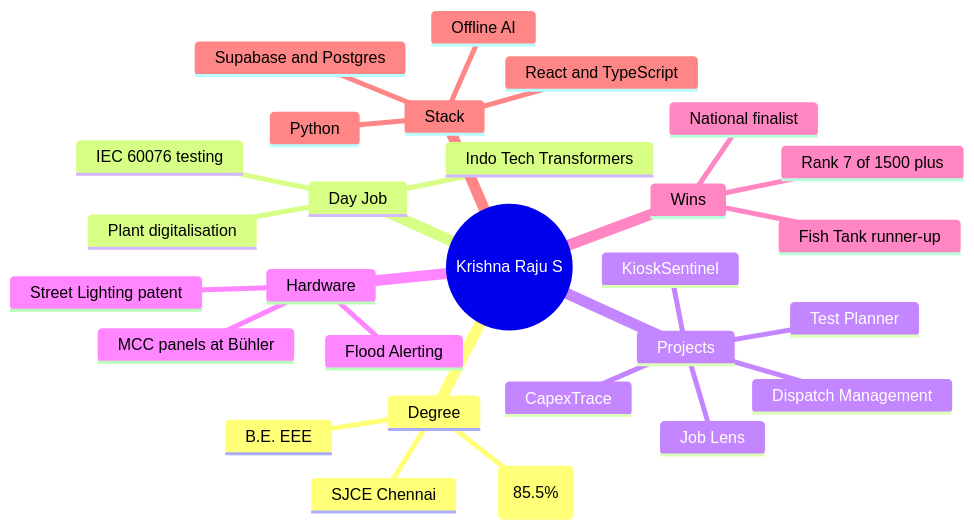
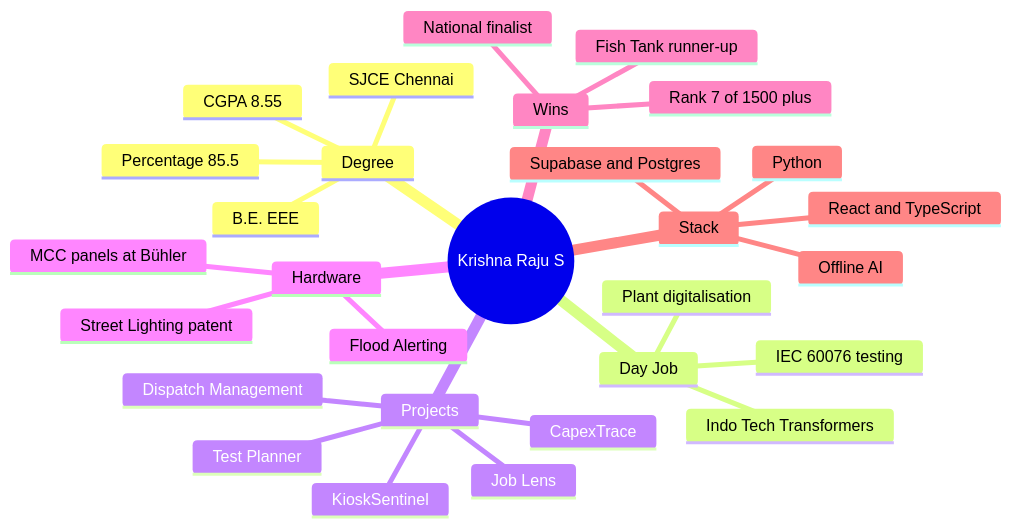
Before and after one commit to KRISH-exe-29/KRISH-exe-29: the first of 5 diagrams in README.md, drawn with Mermaid. The commit also changed other lines of this file and 1 other file, not shown here.

Commit message:
Add 85.5% percentage to profile data and tidy CGPA text

````diff
--- a/README.md
+++ b/README.md
@@ -70,31 +70,32 @@
 ```mermaid
 mindmap
   root((Krishna Raju S))
     Degree
       B.E. EEE
       SJCE Chennai
-      CGPA 8.55 (85.5%)
+      CGPA 8.55
+      Percentage 85.5
     Day Job
       Indo Tech Transformers
       IEC 60076 testing
       Plant digitalisation
     Projects
       Dispatch Management
       Job Lens
       Test Planner
       CapexTrace
       KioskSentinel
     Hardware
       Street Lighting patent
       Flood Alerting
       MCC panels at Bühler
     Wins
       Rank 7 of 1500 plus
       Fish Tank runner-up
       National finalist
     Stack
       React and TypeScript
       Python
       Supabase and Postgres
       Offline AI
 ```
````
